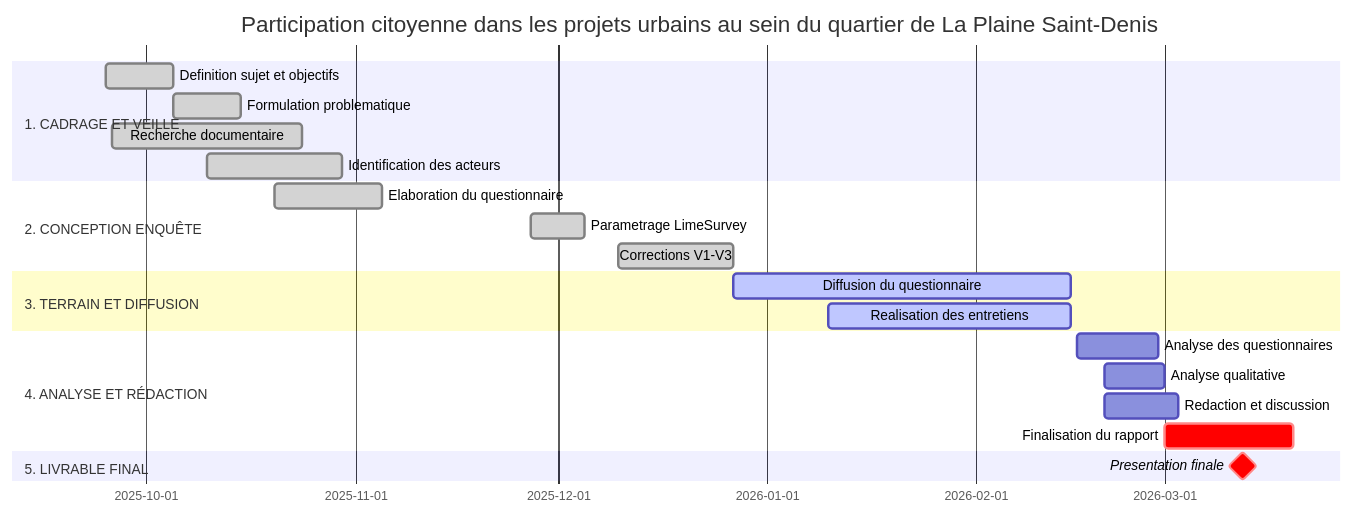
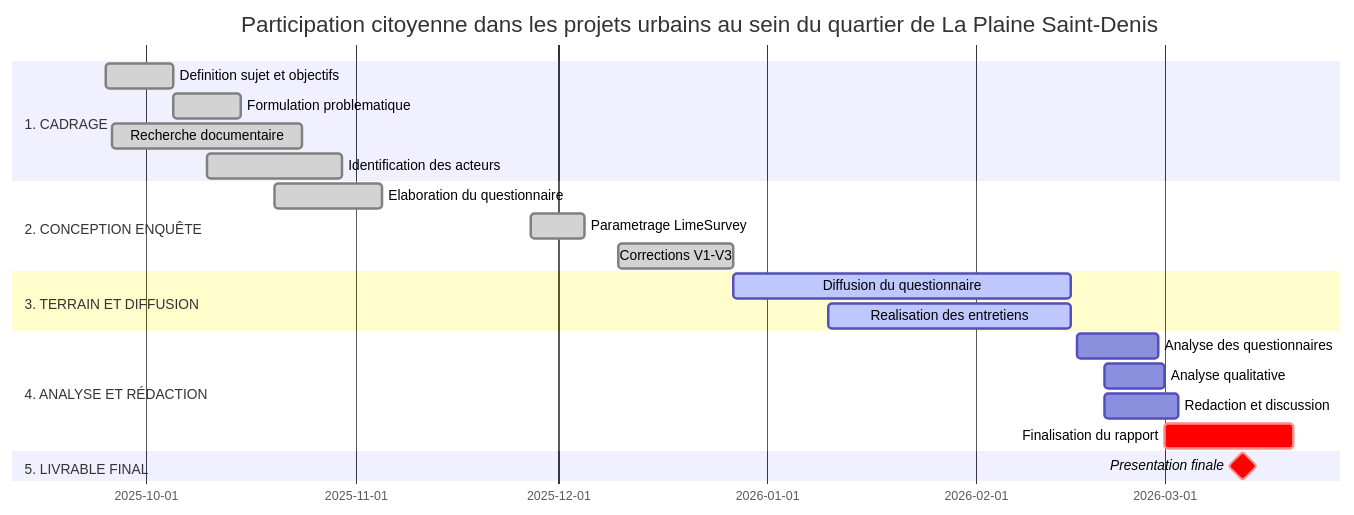
One commit to kahiarchi/LeBatiment_PlaineSaintDenis changed the diagram in etatAvancement.md. Above: the diagram before and after it, drawn with Mermaid.

````diff
--- a/etatAvancement.md
+++ b/etatAvancement.md
@@ -1,29 +1,29 @@
 ```mermaid
 gantt
     
     title Participation citoyenne dans les projets urbains au sein du quartier de La Plaine Saint-Denis
     dateFormat  YYYY-MM-DD
-    section 1. CADRAGE ET VEILLE
+    section 1. CADRAGE 
     Definition sujet et objectifs    :done, t1, 2025-09-25, 2025-10-05
     Formulation problematique        :done, t2, 2025-10-05, 2025-10-15
     Recherche documentaire           :done, t3, 2025-09-26, 2025-10-24
     Identification des acteurs       :done, t4, 2025-10-10, 2025-10-30
 
     section 2. CONCEPTION ENQUÊTE
     Elaboration du questionnaire     :done, t7, 2025-10-20, 2025-11-05
     Parametrage LimeSurvey           :done, t8, 2025-11-27, 2025-12-05
     Corrections V1-V3                :done, t9, 2025-12-10, 2025-12-27
 
     section 3. TERRAIN ET DIFFUSION
     Diffusion du questionnaire       :active, t12, 2025-12-27, 2026-02-15
     Realisation des entretiens       :active, t15, 2026-01-10, 2026-02-15
 
     section 4. ANALYSE ET RÉDACTION
     Analyse des questionnaires       :t16, 2026-02-16, 2026-02-28
     Analyse qualitative              :t17, 2026-02-20, 2026-03-01
     Redaction et discussion          :t18, 2026-02-20, 2026-03-03
     Finalisation du rapport          :crit, t19, 2026-03-01, 2026-03-20
 
     section 5. LIVRABLE FINAL
     Presentation finale              :crit, milestone, 2026-03-05
 ```
````
